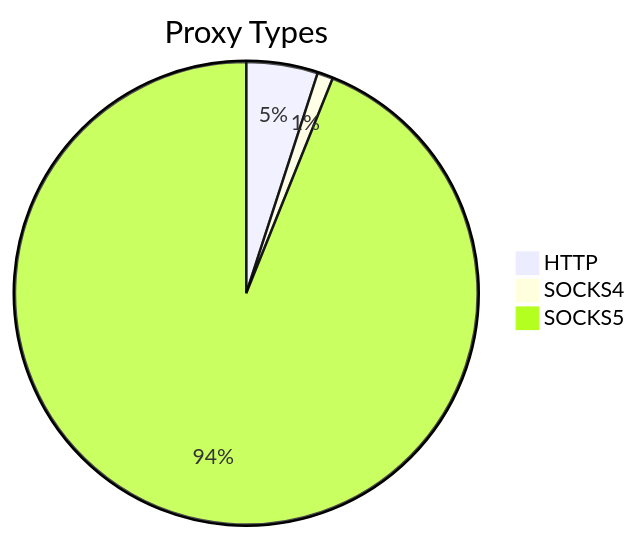
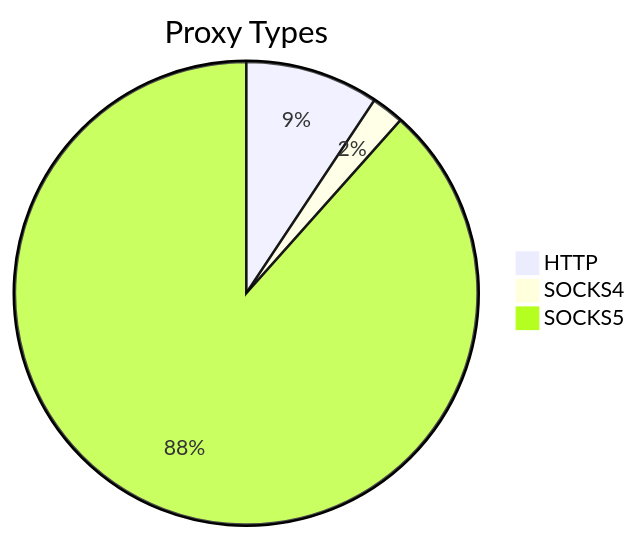
The first of 2 diagrams in README.md (stormsia/proxy-list), drawn with Mermaid before and after one commit. The commit also changed other lines of this file, not shown here.

````diff
--- a/README.md
+++ b/README.md
@@ -21,6 +21,6 @@
 ```mermaid
 pie title Proxy Types
-    "HTTP" : 200
-    "SOCKS4" : 44
-    "SOCKS5" : 3764
+    "HTTP" : 624
+    "SOCKS4" : 151
+    "SOCKS5" : 5915
 ```
````
